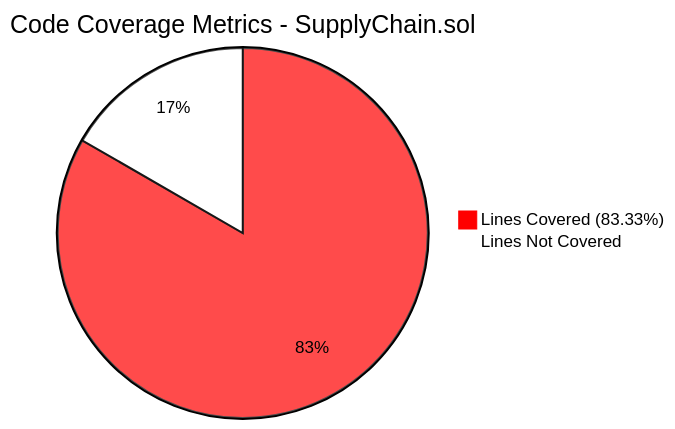
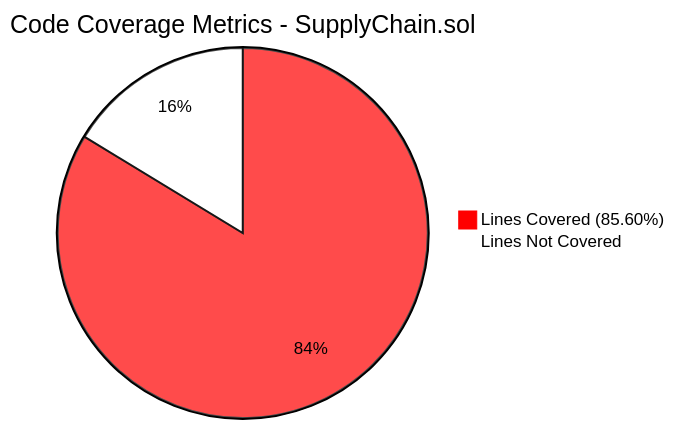
Before and after one commit to codecrypto-academy/emujicad: the seventh of 9 diagrams in docs/sc/ARCHITECTURE.md, drawn with Mermaid. The commit also changed other lines of this file and 39 other files, not shown here.

````diff
--- a/docs/sc/ARCHITECTURE.md
+++ b/docs/sc/ARCHITECTURE.md
@@ -321,6 +323,6 @@
 ```mermaid
 %%{init: {'theme': 'base', 'themeVariables': { 'primaryColor': '#ff0000', 'primaryTextColor': '#000000', 'primaryBorderColor': '#ff0000', 'lineColor': '#ff0000', 'sectionBkColor': '#ffffff', 'altSectionBkColor': '#ffffff', 'gridColor': '#000000', 'tertiaryColor': '#ffffff', 'background': '#ffffff', 'secondaryColor': '#ffffff', 'tertiaryTextColor': '#000000'}}}%%
 pie title Code Coverage Metrics - SupplyChain.sol
-    "Lines Covered (83.33%)" : 83.33
+    "Lines Covered (85.60%)" : 85.60
     "Lines Not Covered" : 16.67
 ```
````
